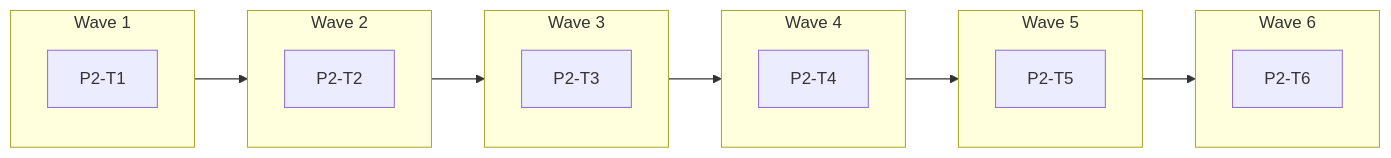
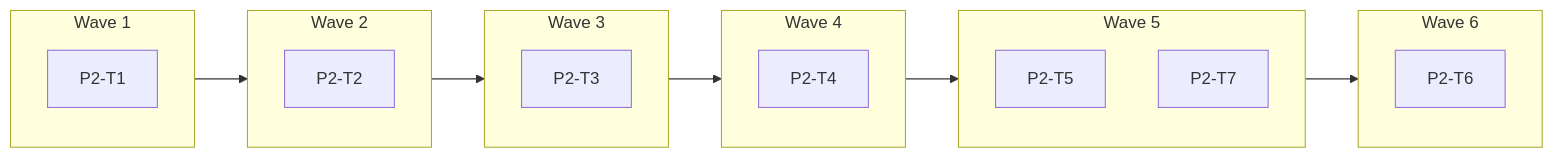
Before and after one commit to giorgosroussos/agrocult: the fourth of 8 diagrams in build/docs/phases.md, drawn with Mermaid. The commit also changed other lines of this file and 22 other files, not shown here.

````diff
--- a/build/docs/phases.md
+++ b/build/docs/phases.md
@@ -130,26 +131,27 @@
 ```mermaid
 flowchart LR
   subgraph W1["Wave 1"]
     P2_T1["P2-T1"]
   end
   subgraph W2["Wave 2"]
     P2_T2["P2-T2"]
   end
   W1 --> W2
   subgraph W3["Wave 3"]
     P2_T3["P2-T3"]
   end
   W2 --> W3
   subgraph W4["Wave 4"]
     P2_T4["P2-T4"]
   end
   W3 --> W4
   subgraph W5["Wave 5"]
     P2_T5["P2-T5"]
+    P2_T7["P2-T7"]
   end
   W4 --> W5
   subgraph W6["Wave 6"]
     P2_T6["P2-T6"]
   end
   W5 --> W6
 ```
````
